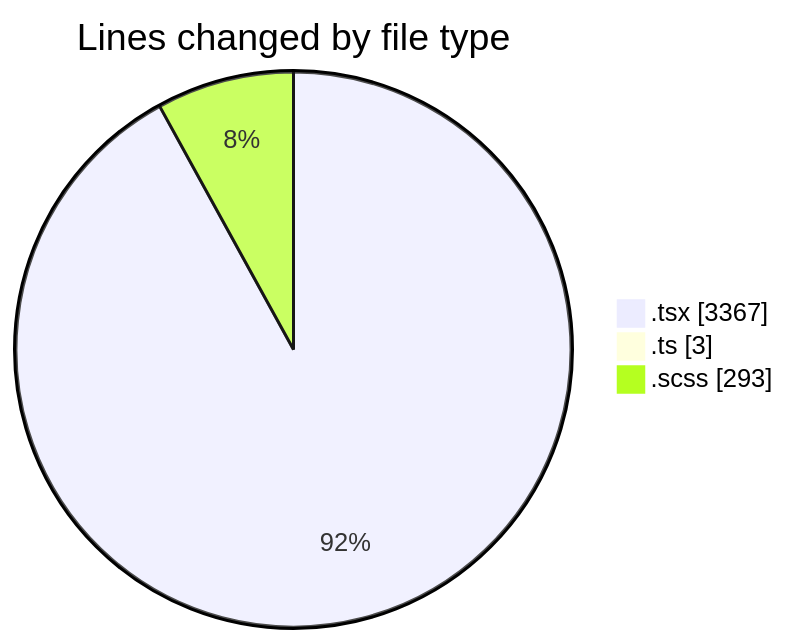
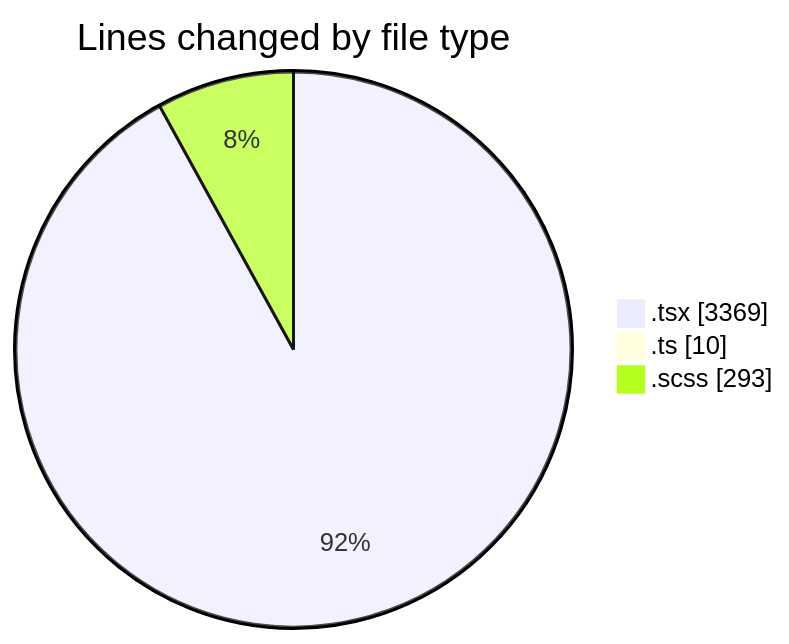
One commit to momahboobian/code-tracking changed the first of 2 diagrams in 2025-11-17/cda/README.md. Above: the diagram before and after it, drawn with Mermaid. The commit also changed other lines of this file and 1 other file, not shown here.

````diff
--- a/2025-11-17/cda/README.md
+++ b/2025-11-17/cda/README.md
@@ -26,7 +27,7 @@
 ```mermaid
 pie showData
 title Lines changed by file type
-".tsx" : 3367
-".ts" : 3
+".tsx" : 3369
+".ts" : 10
 ".scss" : 293
 ```
````
